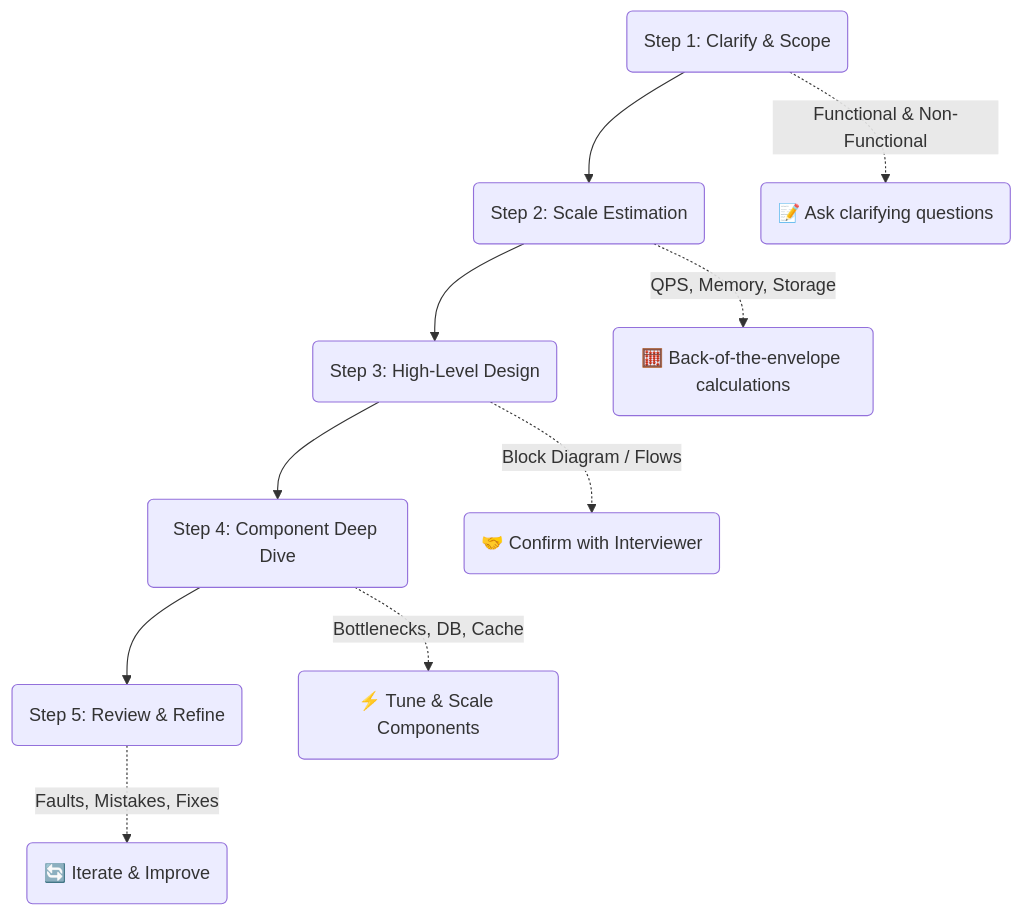
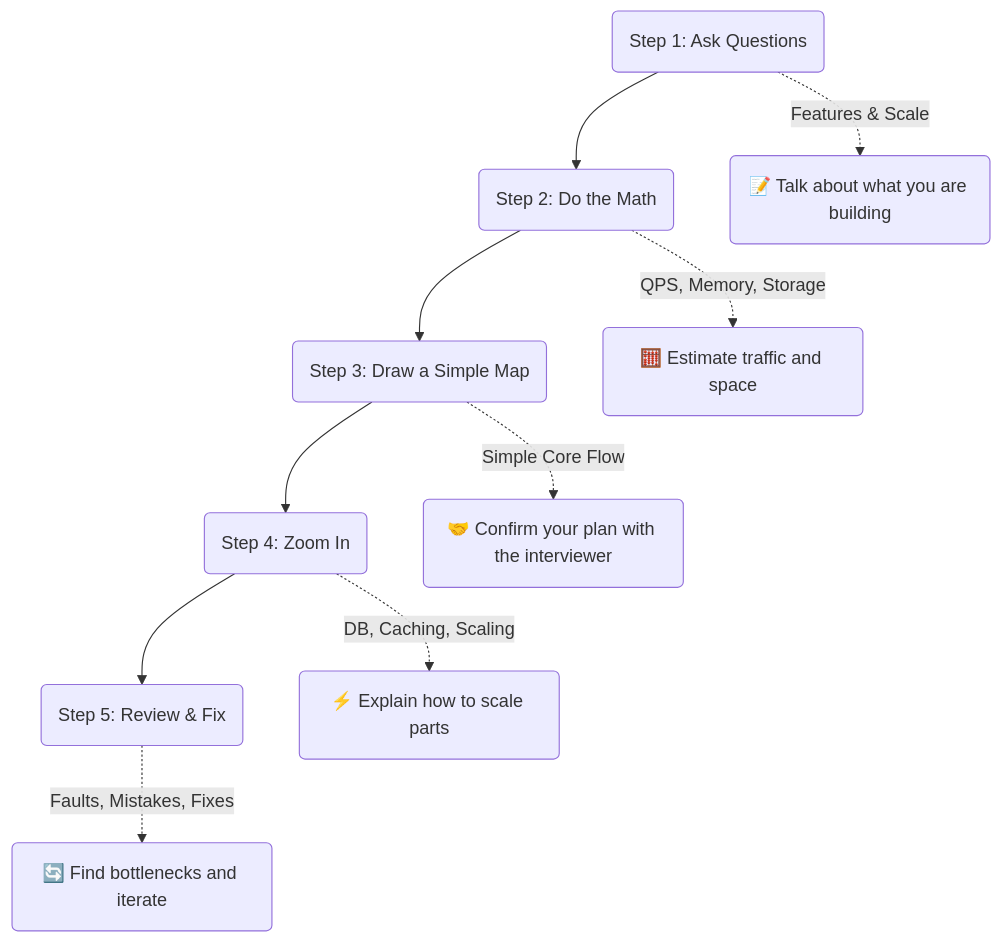
One commit to PKRacha/system-design changed the first of 2 diagrams in basics/05_interview_steps.md. Above: the diagram before and after it, drawn with Mermaid. The commit also changed other lines of this file and 6 other files, not shown here.

````diff
--- a/basics/05_interview_steps.md
+++ b/basics/05_interview_steps.md
@@ -11,14 +11,14 @@
 ```mermaid
 graph TD
-    Step1("Step 1: Clarify & Scope") --> Step2("Step 2: Scale Estimation")
-    Step2 --> Step3("Step 3: High-Level Design")
-    Step3 --> Step4("Step 4: Component Deep Dive")
-    Step4 --> Step5("Step 5: Review & Refine")
+    Step1("Step 1: Ask Questions") --> Step2("Step 2: Do the Math")
+    Step2 --> Step3("Step 3: Draw a Simple Map")
+    Step3 --> Step4("Step 4: Zoom In")
+    Step4 --> Step5("Step 5: Review & Fix")
     
     %% Details
-    Step1 -.->|"Functional & Non-Functional"| Act1("📝 Ask clarifying questions")
-    Step2 -.->|"QPS, Memory, Storage"| Act2("🧮 Back-of-the-envelope calculations")
-    Step3 -.->|"Block Diagram / Flows"| Act3("🤝 Confirm with Interviewer")
-    Step4 -.->|"Bottlenecks, DB, Cache"| Act4("⚡ Tune & Scale Components")
-    Step5 -.->|"Faults, Mistakes, Fixes"| Act5("🔄 Iterate & Improve")
+    Step1 -.->|"Features & Scale"| Act1("📝 Talk about what you are building")
+    Step2 -.->|"QPS, Memory, Storage"| Act2("🧮 Estimate traffic and space")
+    Step3 -.->|"Simple Core Flow"| Act3("🤝 Confirm your plan with the interviewer")
+    Step4 -.->|"DB, Caching, Scaling"| Act4("⚡ Explain how to scale parts")
+    Step5 -.->|"Faults, Mistakes, Fixes"| Act5("🔄 Find bottlenecks and iterate")
 ```
````
